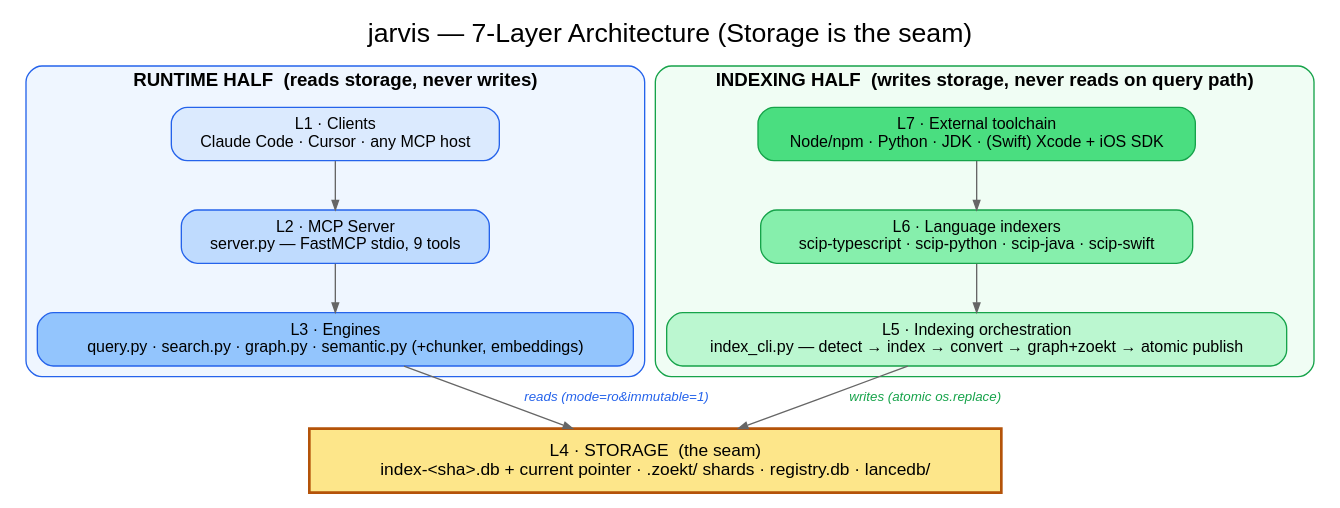
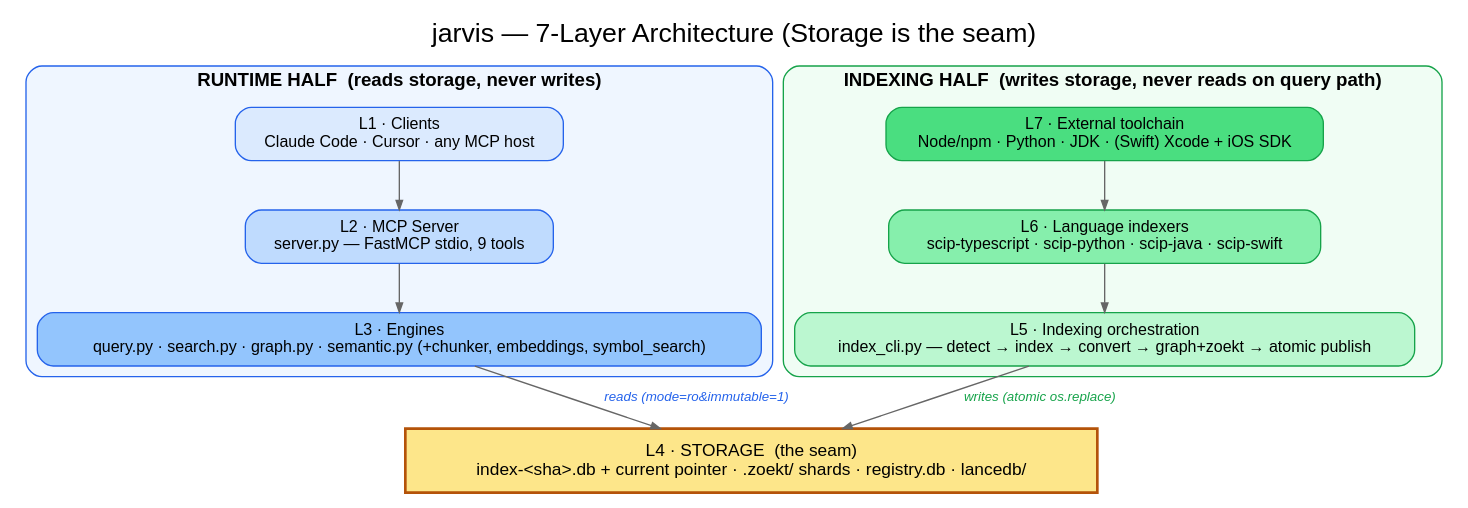
The diagram in docs/assets/jarvis-layers.dot (jarvis-intelligence/jarvis), drawn with Graphviz before and after one commit. The commit also changed 9 other files, not shown here.

First line of the commit message:
docs: add index-pipeline and semantic-fusion diagrams; refresh layers diagram

```diff
--- a/docs/assets/jarvis-layers.dot
+++ b/docs/assets/jarvis-layers.dot
@@ -1,44 +1,44 @@
 digraph jarvis_layers {
     rankdir=TB;
     bgcolor="white";
     fontname="Helvetica";
     labelloc="t";
     fontsize=20;
     label="jarvis — 7-Layer Architecture (Storage is the seam)";
     node [shape=box, style="rounded,filled", fontname="Helvetica", fontsize=12, margin="0.18,0.10"];
     edge [color="#666666", arrowsize=0.7];
 
     /* ---------- Runtime half (reads down) ---------- */
     subgraph cluster_runtime {
         label="RUNTIME HALF  (reads storage, never writes)";
         fontname="Helvetica-Bold"; fontsize=14; color="#2563eb"; style="rounded"; bgcolor="#eff6ff";
 
         L1 [label="L1 · Clients\nClaude Code · Cursor · any MCP host", fillcolor="#dbeafe", color="#2563eb"];
         L2 [label="L2 · MCP Server\nserver.py — FastMCP stdio, 9 tools", fillcolor="#bfdbfe", color="#2563eb"];
-        L3 [label="L3 · Engines\nquery.py · search.py · graph.py · semantic.py (+chunker, embeddings)", fillcolor="#93c5fd", color="#2563eb"];
+        L3 [label="L3 · Engines\nquery.py · search.py · graph.py · semantic.py (+chunker, embeddings, symbol_search)", fillcolor="#93c5fd", color="#2563eb"];
     }
 
     /* ---------- Storage seam ---------- */
     L4 [label="L4 · STORAGE  (the seam)\nindex-<sha>.db + current pointer · .zoekt/ shards · registry.db · lancedb/", shape=box, style="filled,bold", fillcolor="#fde68a", color="#b45309", fontsize=13, margin="0.22,0.14"];
 
     /* ---------- Indexing half (writes up) ---------- */
     subgraph cluster_index {
         label="INDEXING HALF  (writes storage, never reads on query path)";
         fontname="Helvetica-Bold"; fontsize=14; color="#16a34a"; style="rounded"; bgcolor="#f0fdf4";
 
         L5 [label="L5 · Indexing orchestration\nindex_cli.py — detect → index → convert → graph+zoekt → atomic publish", fillcolor="#bbf7d0", color="#16a34a"];
         L6 [label="L6 · Language indexers\nscip-typescript · scip-python · scip-java · scip-swift", fillcolor="#86efac", color="#16a34a"];
         L7 [label="L7 · External toolchain\nNode/npm · Python · JDK · (Swift) Xcode + iOS SDK", fillcolor="#4ade80", color="#16a34a"];
     }
 
     /* ---------- Reads flow downward ---------- */
     L1 -> L2 -> L3;
     L3 -> L4 [label="  reads (mode=ro&immutable=1)", fontname="Helvetica-Oblique", fontsize=10, fontcolor="#2563eb"];
 
     /* ---------- Writes flow upward ---------- */
     L7 -> L6 -> L5;
     L5 -> L4 [label="  writes (atomic os.replace)", fontname="Helvetica-Oblique", fontsize=10, fontcolor="#16a34a"];
 
     /* keep storage in the middle visually */
     { rank=same; L4; }
 }
```
